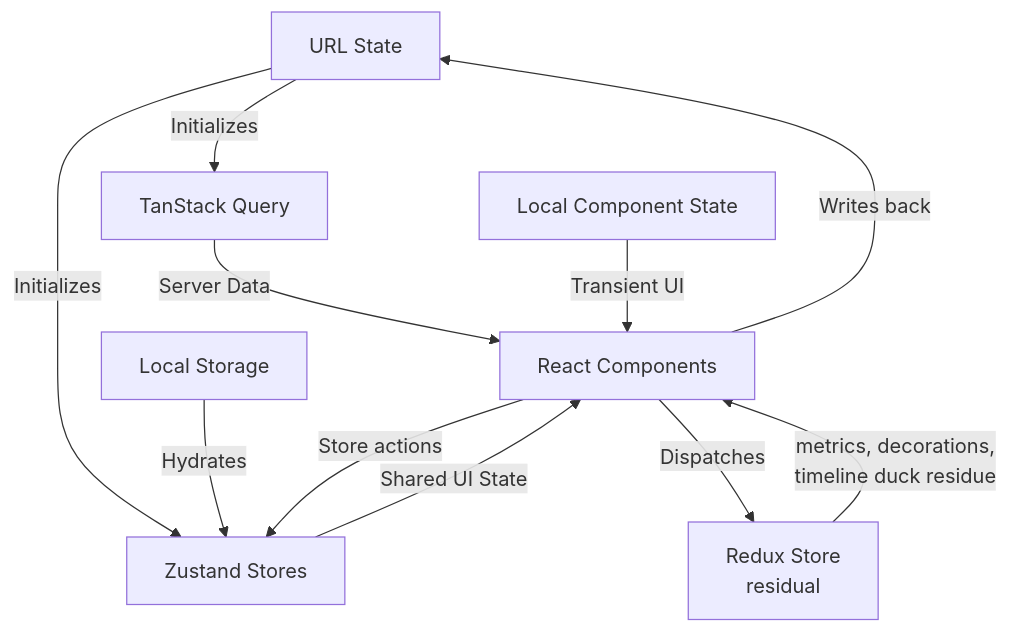
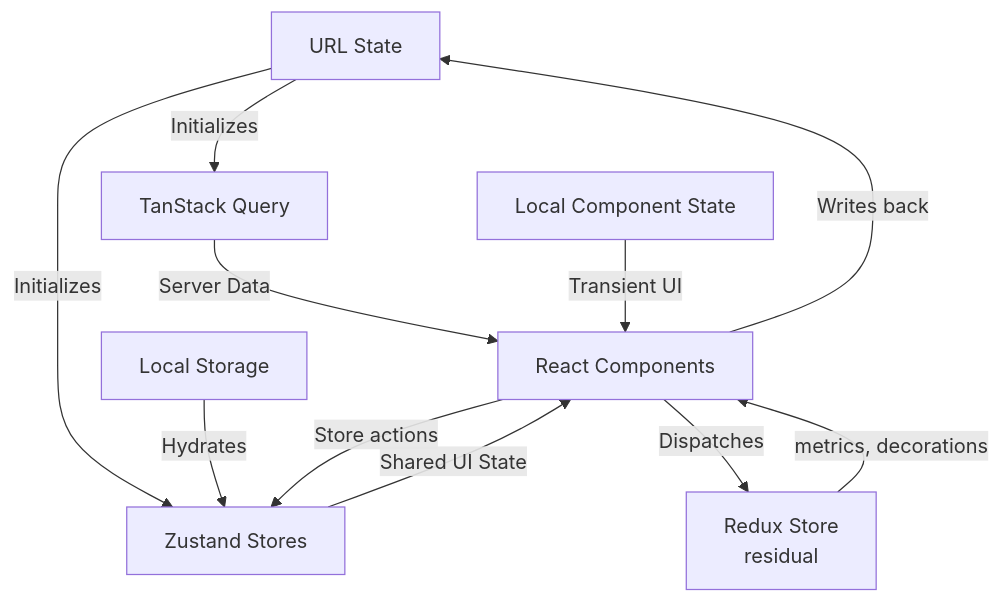
Before and after one commit to jaegertracing/jaeger-ui: the diagram in docs/adr/0005-current-state-management-architecture.md, drawn with Mermaid. The commit also changed 1 other file, not shown here.

Commit message:
docs: Address review nits on ADR diagram and RFC 0004
Drop timeline duck residue from the Redux diagram edge; link #4352 in
Phase 1c step 3 alongside #3302.

````diff
--- a/docs/adr/0005-current-state-management-architecture.md
+++ b/docs/adr/0005-current-state-management-architecture.md
@@ -28,13 +28,13 @@
 ```mermaid
 graph TD
     A[URL State] -->|Initializes| C[TanStack Query]
     A -->|Initializes| Z[Zustand Stores]
     D[Local Storage] -->|Hydrates| Z
     C -->|Server Data| E[React Components]
     Z -->|Shared UI State| E
     F[Local Component State] -->|Transient UI| E
-    B[Redux Store<br/>residual] -->|metrics, decorations,<br/>timeline duck residue| E
+    B[Redux Store<br/>residual] -->|metrics, decorations| E
     E -->|Writes back| A
     E -->|Store actions| Z
     E -->|Dispatches| B
 ```
````
